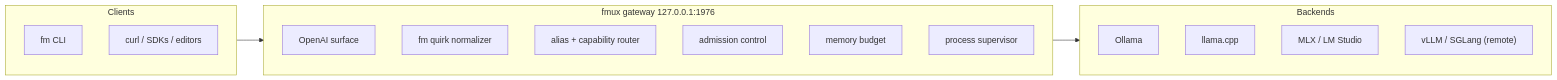
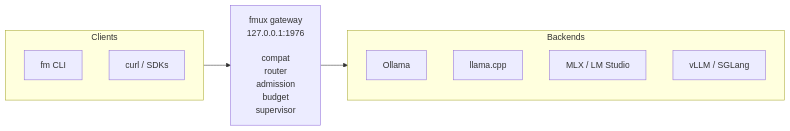
The diagram in docs/assets/architecture.mmd (isLinXu/fmux), drawn with Mermaid before and after one commit. The commit also changed 6 other files, not shown here.

First line of the commit message:
docs: tighten the architecture diagram, replace the lifecycle one with a tree

```diff
--- a/docs/assets/architecture.mmd
+++ b/docs/assets/architecture.mmd
@@ -1,24 +1,19 @@
 flowchart LR
     subgraph clients["Clients"]
+        direction TB
         fm["fm CLI"]
-        sdk["curl / SDKs / editors"]
+        sdk["curl / SDKs"]
     end
 
-    subgraph gw["fmux gateway  127.0.0.1:1976"]
-        api["OpenAI surface"]
-        compat["fm quirk normalizer"]
-        router["alias + capability router"]
-        gate["admission control"]
-        budget["memory budget"]
-        sup["process supervisor"]
-    end
+    gw["fmux gateway<br/>127.0.0.1:1976<br/><br/>compat<br/>router<br/>admission<br/>budget<br/>supervisor"]
 
     subgraph backends["Backends"]
+        direction TB
         o["Ollama"]
         l["llama.cpp"]
         m["MLX / LM Studio"]
-        r["vLLM / SGLang  (remote)"]
+        r["vLLM / SGLang"]
     end
 
     clients --> gw
     gw --> backends
```
